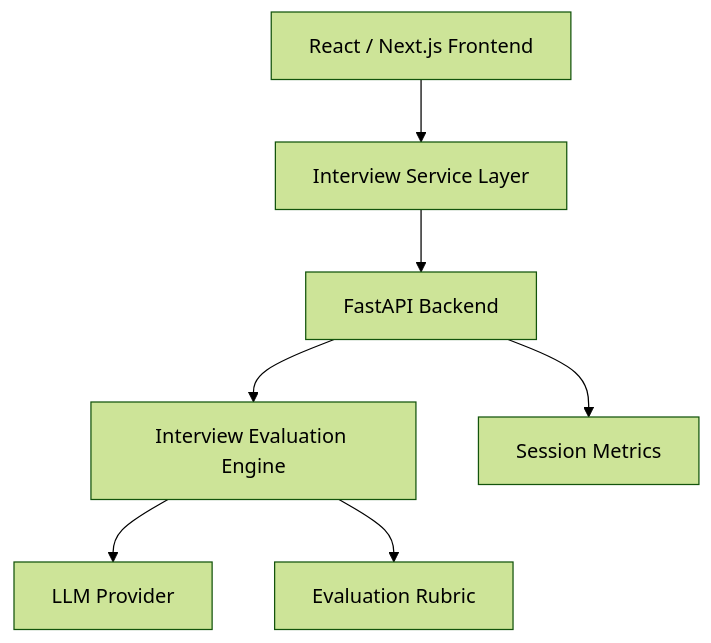
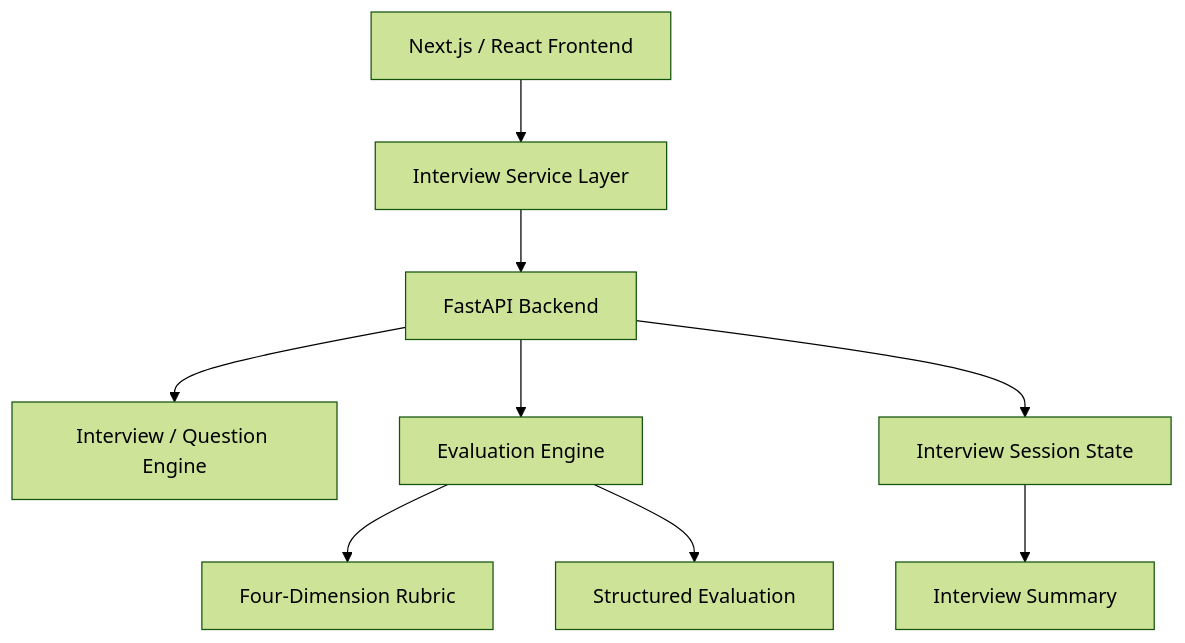
The diagram in README.md (vibecodepm/AI-Interview-Coach), drawn with Mermaid (forest theme) before and after one commit. The commit also changed other lines of this file and 12 other files, not shown here.

````diff
--- a/README.md
+++ b/README.md
@@ -101,17 +189,20 @@
 ```mermaid
 flowchart TD
 
-A[React / Next.js Frontend]
-
-A --> B[Interview Service Layer]
+A[Next.js / React Frontend]
+    --> B[Interview Service Layer]
 
 B --> C[FastAPI Backend]
 
-C --> D[Interview Evaluation Engine]
+C --> D[Interview / Question Engine]
 
-D --> E[LLM Provider]
+C --> E[Evaluation Engine]
 
-D --> F[Evaluation Rubric]
+E --> F[Four-Dimension Rubric]
 
-C --> G[Session Metrics]
+E --> G[Structured Evaluation]
+
+C --> H[Interview Session State]
+
+H --> I[Interview Summary]
 ```
````
